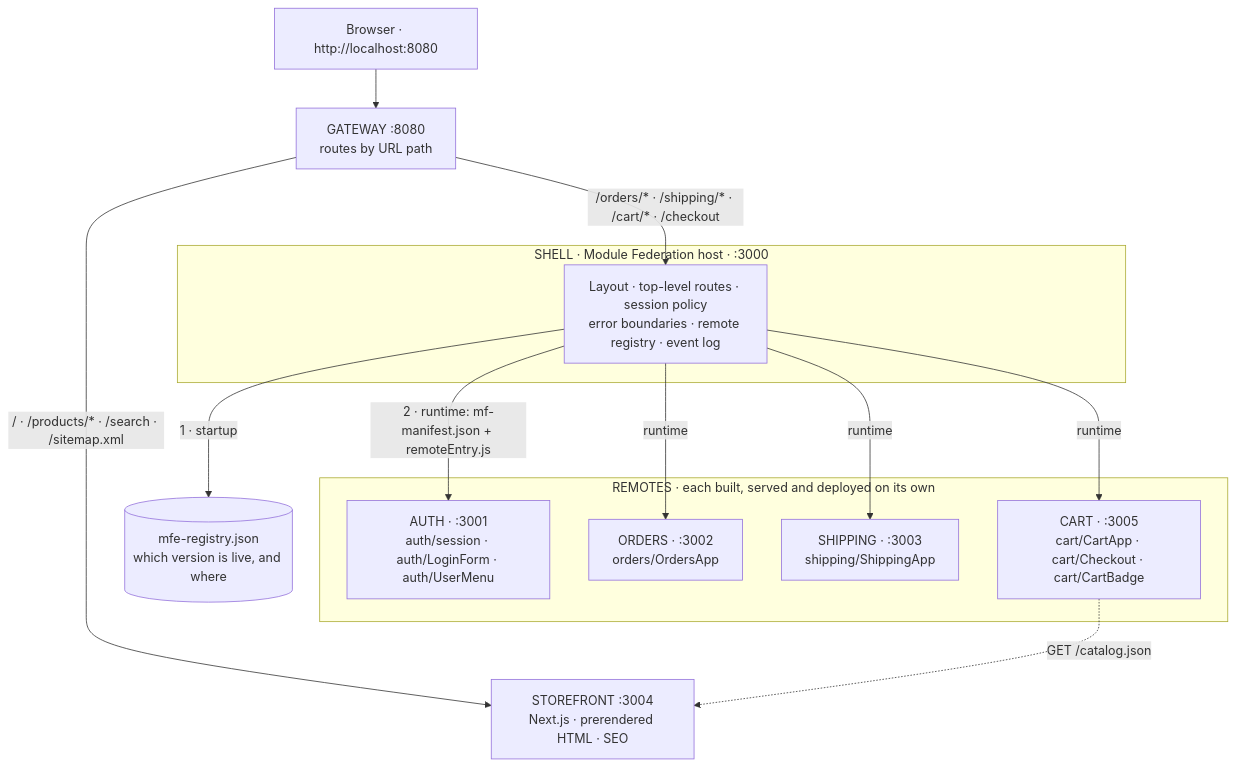
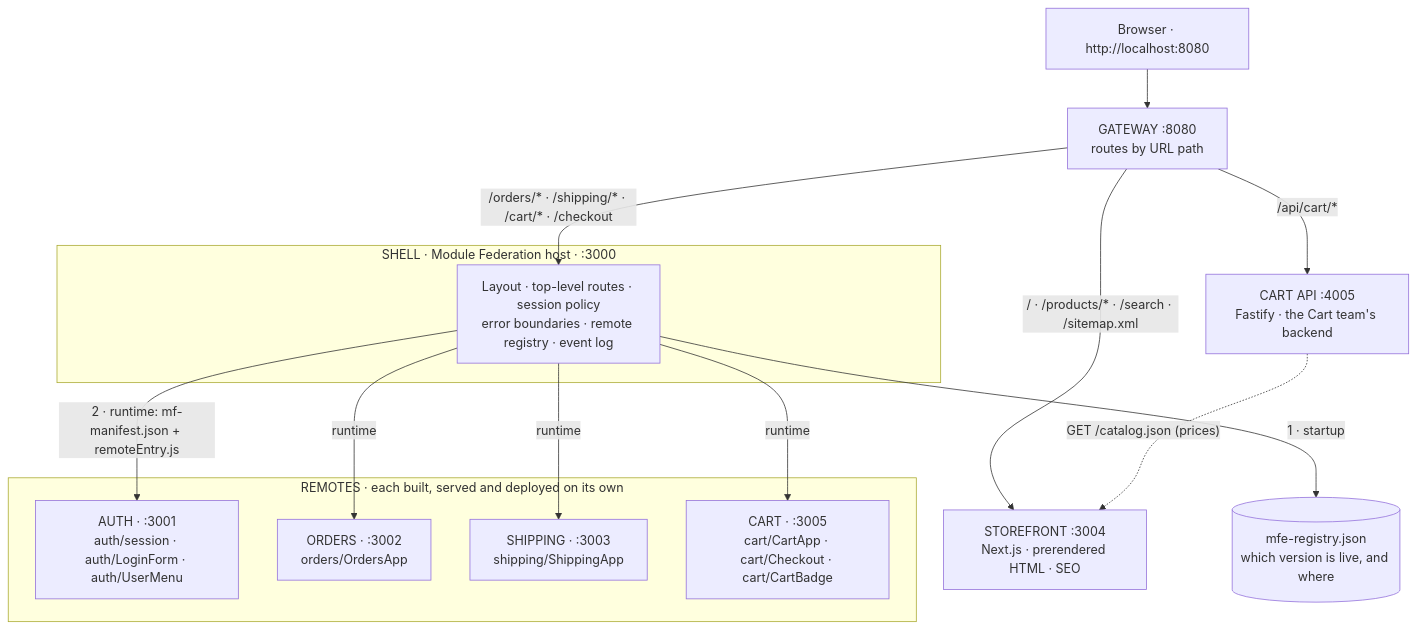
Before and after one commit to alireza-akbarzadeh/mciro: the first of 2 diagrams in micro-shop/README.md, drawn with Mermaid. The commit also changed other lines of this file and 56 other files, not shown here.

````diff
--- a/micro-shop/README.md
+++ b/micro-shop/README.md
@@ -82,27 +82,28 @@
 ```mermaid
 flowchart TB
     browser["Browser · http://localhost:8080"] --> gateway["GATEWAY :8080<br/>routes by URL path"]
 
     gateway -- "/ · /products/* · /search · /sitemap.xml" --> storefront["STOREFRONT :3004<br/>Next.js · prerendered HTML · SEO"]
     gateway -- "/orders/* · /shipping/* · /cart/* · /checkout" --> shell
+    gateway -- "/api/cart/*" --> cartApi["CART API :4005<br/>Fastify · the Cart team's backend"]
 
     subgraph shellBox["SHELL · Module Federation host · :3000"]
         shell["Layout · top-level routes · session policy<br/>error boundaries · remote registry · event log"]
     end
 
     subgraph remotesBox["REMOTES · each built, served and deployed on its own"]
         auth["AUTH · :3001<br/>auth/session · auth/LoginForm · auth/UserMenu"]
         orders["ORDERS · :3002<br/>orders/OrdersApp"]
         shipping["SHIPPING · :3003<br/>shipping/ShippingApp"]
         cart["CART · :3005<br/>cart/CartApp · cart/Checkout · cart/CartBadge"]
     end
 
     registry[("mfe-registry.json<br/>which version is live, and where")]
 
     shell -- "1 · startup" --> registry
     shell -- "2 · runtime: mf-manifest.json + remoteEntry.js" --> auth
     shell -- "runtime" --> orders
     shell -- "runtime" --> shipping
     shell -- "runtime" --> cart
-    cart -. "GET /catalog.json" .-> storefront
+    cartApi -. "GET /catalog.json (prices)" .-> storefront
 ```
````
